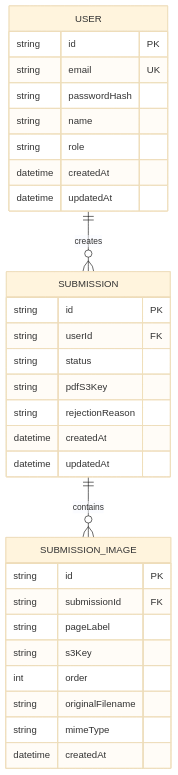
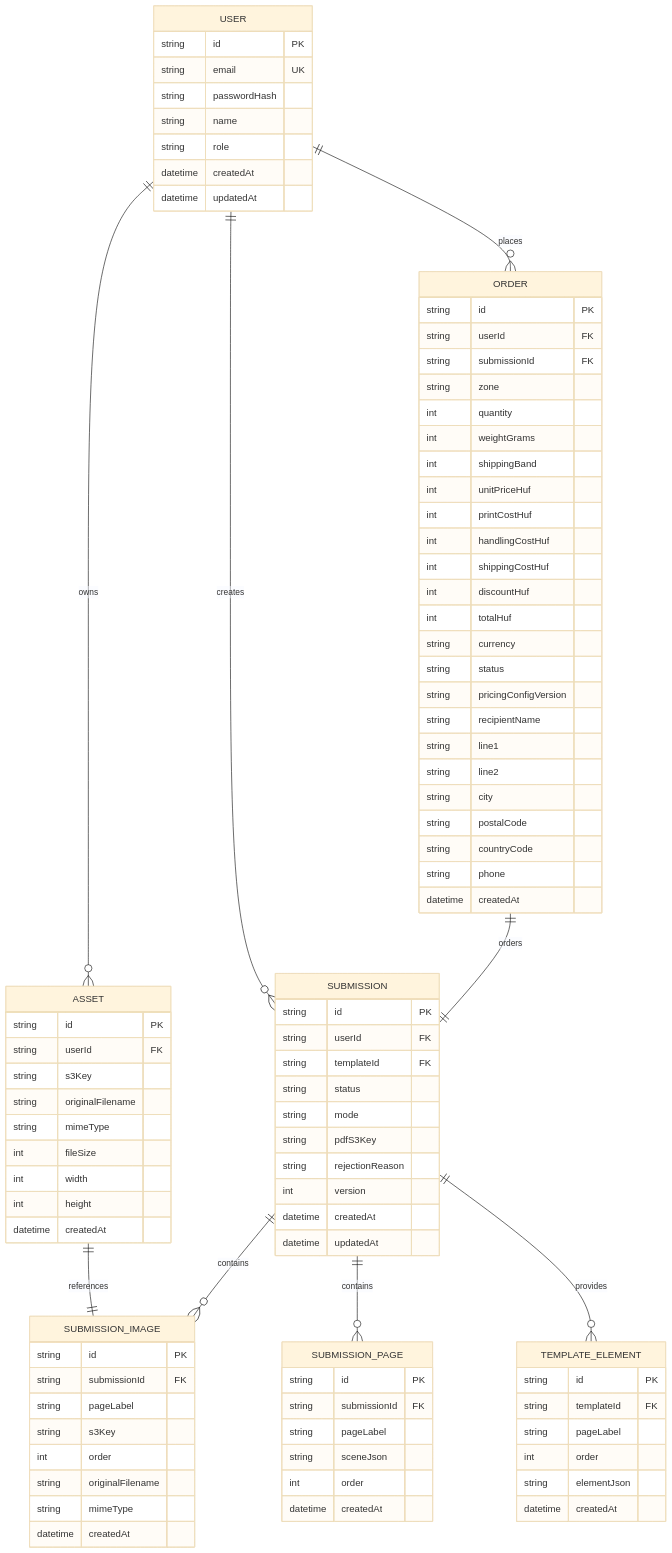
The fourth of 5 diagrams in .qoder/repowiki/en/content/API Reference/API Reference.md (Crowdspender/titchybooks-app), drawn with Mermaid (base theme) before and after one commit. The commit also changed other lines of this file and 62 other files, not shown here.

````diff
--- a/.qoder/repowiki/en/content/API Reference/API Reference.md
+++ b/.qoder/repowiki/en/content/API Reference/API Reference.md
@@ -415,14 +672,70 @@
 datetime createdAt
 datetime updatedAt
 }
+ASSET {
+string id PK
+string userId FK
+string s3Key
+string originalFilename
+string mimeType
+int fileSize
+int width
+int height
+datetime createdAt
+}
 SUBMISSION {
 string id PK
 string userId FK
+string templateId FK
 string status
+string mode
 string pdfS3Key
 string rejectionReason
+int version
 datetime createdAt
 datetime updatedAt
+}
+ORDER {
+string id PK
+string userId FK
+string submissionId FK
+string zone
+int quantity
+int weightGrams
+int shippingBand
+int unitPriceHuf
+int printCostHuf
+int handlingCostHuf
+int shippingCostHuf
+int discountHuf
+int totalHuf
+string currency
+string status
+string pricingConfigVersion
+string recipientName
+string line1
+string line2
+string city
+string postalCode
+string countryCode
+string phone
+datetime createdAt
+}
+TEMPLATE_ELEMENT {
+string id PK
+string templateId FK
+string pageLabel
+int order
+string elementJson
+datetime createdAt
+}
+SUBMISSION_PAGE {
+string id PK
+string submissionId FK
+string pageLabel
+string sceneJson
+int order
+datetime createdAt
 }
 SUBMISSION_IMAGE {
 string id PK
@@ -434,6 +747,12 @@
 string mimeType
 datetime createdAt
 }
+USER ||--o{ ASSET : "owns"
 USER ||--o{ SUBMISSION : "creates"
+USER ||--o{ ORDER : "places"
 SUBMISSION ||--o{ SUBMISSION_IMAGE : "contains"
+SUBMISSION ||--o{ SUBMISSION_PAGE : "contains"
+SUBMISSION ||--o{ TEMPLATE_ELEMENT : "provides"
+ASSET ||--|| SUBMISSION_IMAGE : "references"
+ORDER ||--|| SUBMISSION : "orders"
 ```
````
